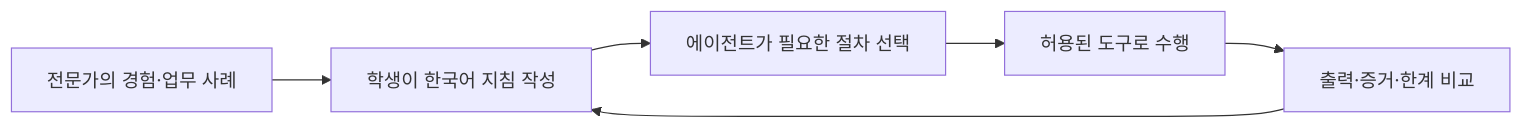
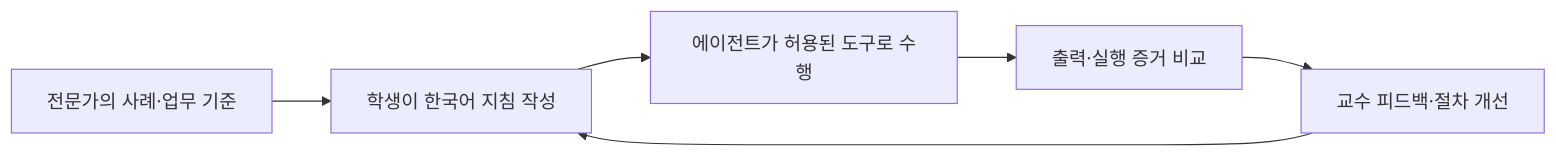
The first of 3 diagrams in README.md (mrgrit/kt66), drawn with Mermaid before and after one commit. The commit also changed other lines of this file and 6 other files, not shown here.

````diff
--- a/README.md
+++ b/README.md
@@ -36,8 +33,8 @@
 ```mermaid
 flowchart LR
-    A["전문가의 경험·업무 사례"] --> B["학생이 한국어 지침 작성"]
-    B --> C["에이전트가 필요한 절차 선택"]
-    C --> D["허용된 도구로 수행"]
-    D --> E["출력·증거·한계 비교"]
+    A["전문가의 사례·업무 기준"] --> B["학생이 한국어 지침 작성"]
+    B --> C["에이전트가 허용된 도구로 수행"]
+    C --> D["출력·실행 증거 비교"]
+    D --> E["교수 피드백·절차 개선"]
     E --> B
 ```
````
